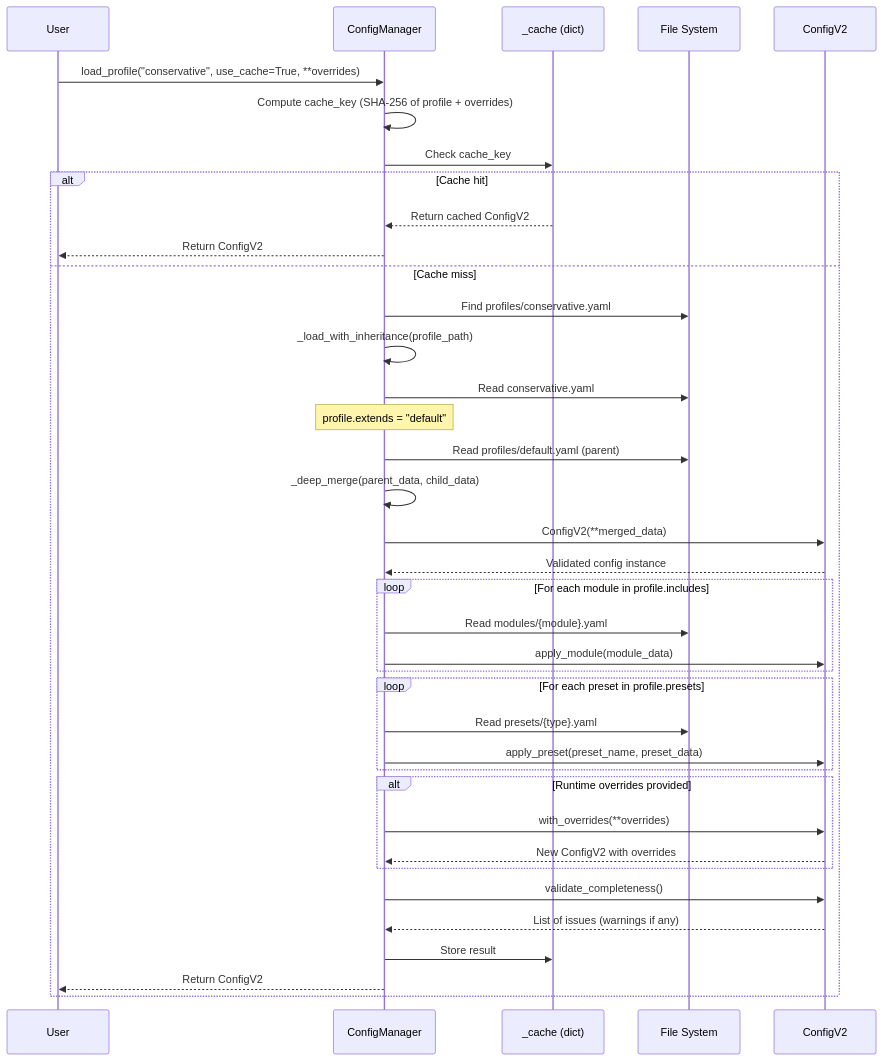
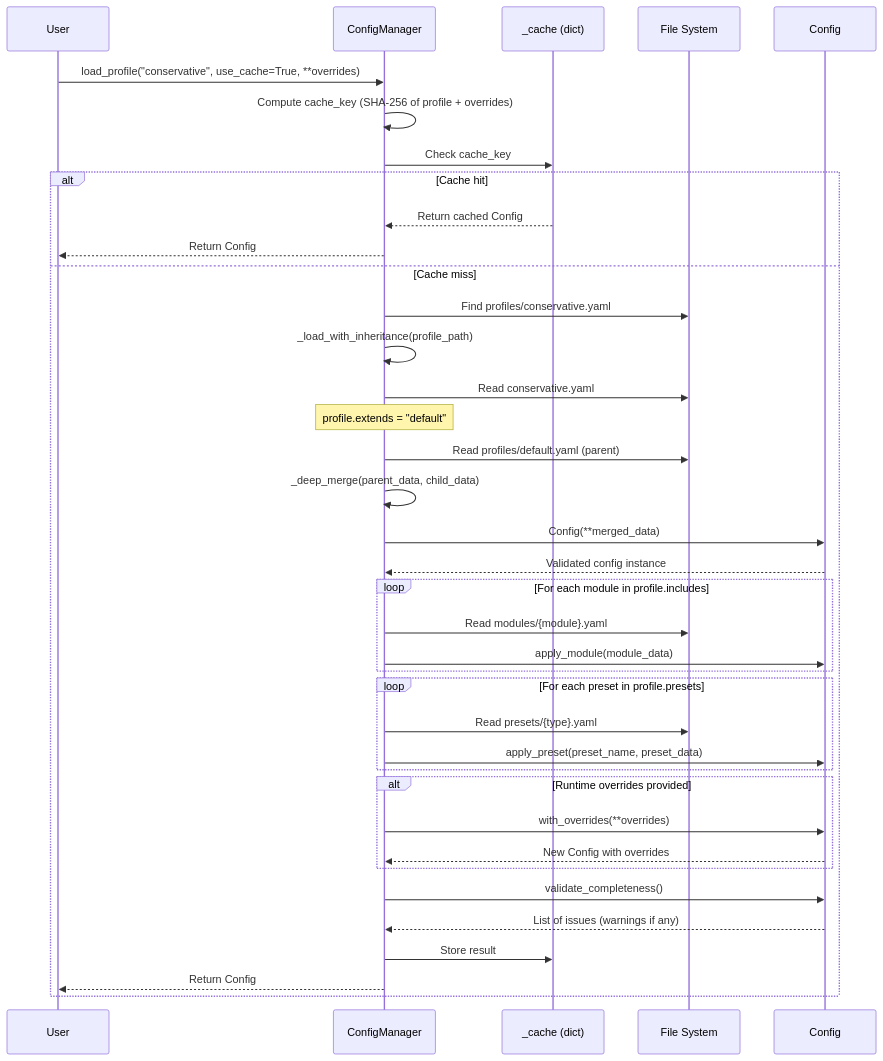
One commit to AlexFiliakov/Ergodic-Insurance-Limits changed the third of 5 diagrams in ergodic_insurance/docs/architecture/configuration_v2.md. Above: the diagram before and after it, drawn with Mermaid. The commit also changed other lines of this file and 295 other files, not shown here.

````diff
--- a/ergodic_insurance/docs/architecture/configuration_v2.md
+++ b/ergodic_insurance/docs/architecture/configuration_v2.md
@@ -201,46 +198,46 @@
 ```{mermaid}
 sequenceDiagram
     participant User
     participant CM as ConfigManager
     participant Cache as _cache (dict)
     participant FS as File System
-    participant CV2 as ConfigV2
+    participant CFG as Config
 
     User->>CM: load_profile("conservative", use_cache=True, **overrides)
     CM->>CM: Compute cache_key (SHA-256 of profile + overrides)
     CM->>Cache: Check cache_key
     alt Cache hit
-        Cache-->>CM: Return cached ConfigV2
-        CM-->>User: Return ConfigV2
+        Cache-->>CM: Return cached Config
+        CM-->>User: Return Config
     else Cache miss
         CM->>FS: Find profiles/conservative.yaml
         CM->>CM: _load_with_inheritance(profile_path)
         CM->>FS: Read conservative.yaml
         Note over CM: profile.extends = "default"
         CM->>FS: Read profiles/default.yaml (parent)
         CM->>CM: _deep_merge(parent_data, child_data)
-        CM->>CV2: ConfigV2(**merged_data)
-        CV2-->>CM: Validated config instance
+        CM->>CFG: Config(**merged_data)
+        CFG-->>CM: Validated config instance
 
         loop For each module in profile.includes
             CM->>FS: Read modules/{module}.yaml
-            CM->>CV2: apply_module(module_data)
+            CM->>CFG: apply_module(module_data)
         end
 
         loop For each preset in profile.presets
             CM->>FS: Read presets/{type}.yaml
-            CM->>CV2: apply_preset(preset_name, preset_data)
+            CM->>CFG: apply_preset(preset_name, preset_data)
         end
 
         alt Runtime overrides provided
-            CM->>CV2: with_overrides(**overrides)
-            CV2-->>CM: New ConfigV2 with overrides
+            CM->>CFG: with_overrides(**overrides)
+            CFG-->>CM: New Config with overrides
         end
 
-        CM->>CV2: validate_completeness()
-        CV2-->>CM: List of issues (warnings if any)
+        CM->>CFG: validate_completeness()
+        CFG-->>CM: List of issues (warnings if any)
 
         CM->>Cache: Store result
-        CM-->>User: Return ConfigV2
+        CM-->>User: Return Config
     end
 ```
````
